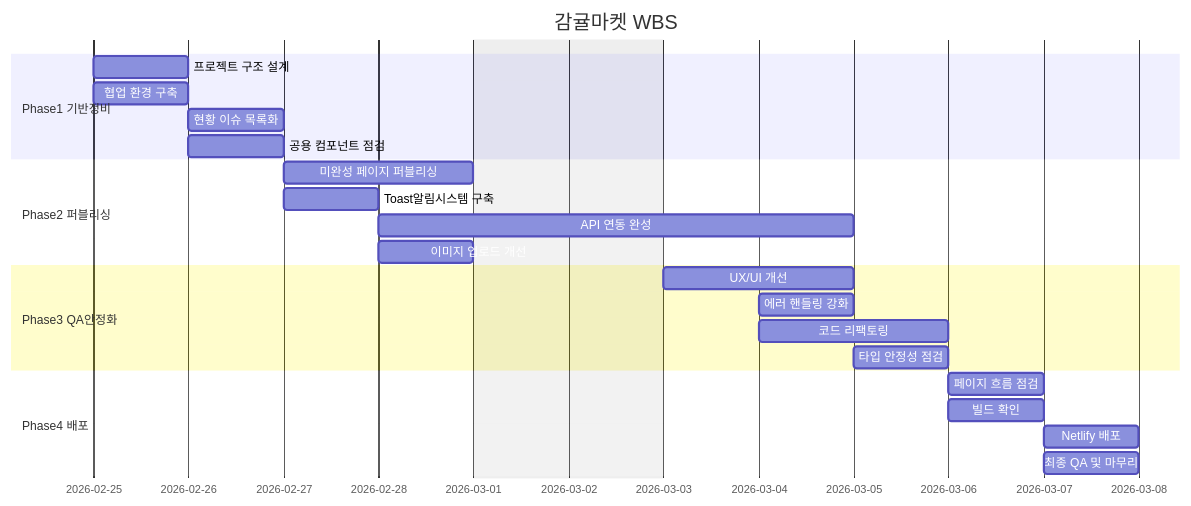
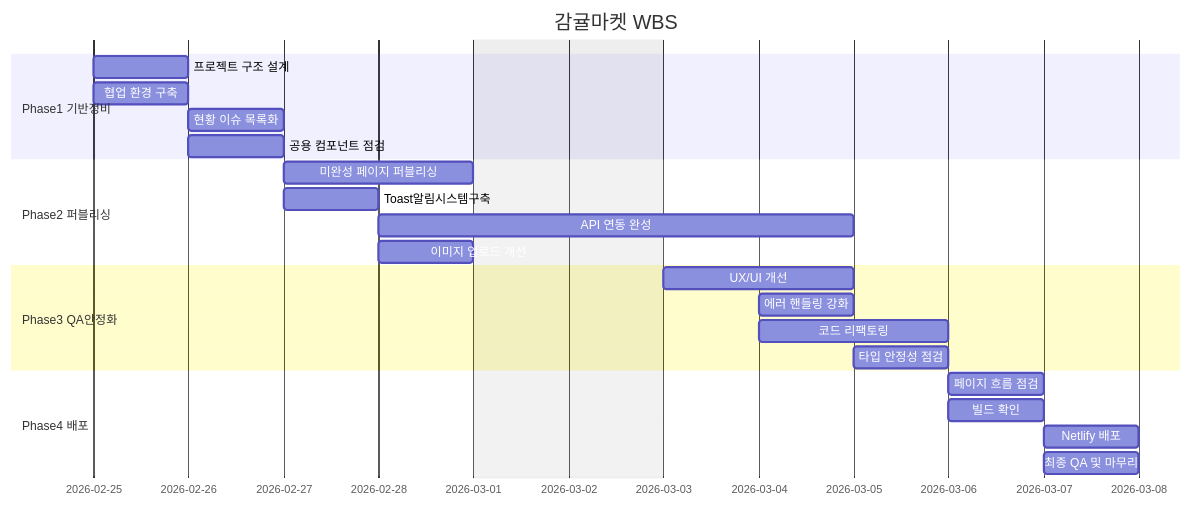
One commit to OrangeSNS/gamgyul-market changed the diagram in README.md. Above: the diagram before and after it, drawn with Mermaid.

Commit message:
docs: update README mermaid diagram

````diff
--- a/README.md
+++ b/README.md
@@ -242,30 +242,30 @@
 ```mermaid
 gantt
     title 감귤마켓 WBS
     dateFormat YYYY-MM-DD
     excludes 2026-03-01, 2026-03-02
 
     section Phase1 기반정비
     프로젝트 구조 설계    :p1-1, 2026-02-25, 1d
     협업 환경 구축            :p1-2, 2026-02-25, 1d
     현황 이슈 목록화          :p1-3, 2026-02-26, 1d
     공용 컴포넌트 점검   :p1-4, 2026-02-26, 1d
 
     section Phase2 퍼블리싱
     미완성 페이지 퍼블리싱    :p2-1, 2026-02-27, 2d
-    Toast알림시스템 구축    :p2-2, 2026-02-27, 1d
+    Toast알림시스템구축    :p2-2, 2026-02-27, 1d
     API 연동 완성             :p2-3, 2026-02-28, 3d
     이미지 업로드 개선        :p2-4, 2026-02-28, 1d
 
     section Phase3 QA안정화
     UX/UI 개선                :p3-1, 2026-03-03, 2d
     에러 핸들링 강화          :p3-2, 2026-03-04, 1d
     코드 리팩토링             :p3-3, 2026-03-04, 2d
     타입 안정성 점검          :p3-4, 2026-03-05, 1d
 
     section Phase4 배포
     페이지 흐름 점검          :p4-1, 2026-03-06, 1d
     빌드 확인                 :p4-2, 2026-03-06, 1d
     Netlify 배포              :p4-3, 2026-03-07, 1d
     최종 QA 및 마무리         :p4-4, 2026-03-07, 1d
 ```
````
